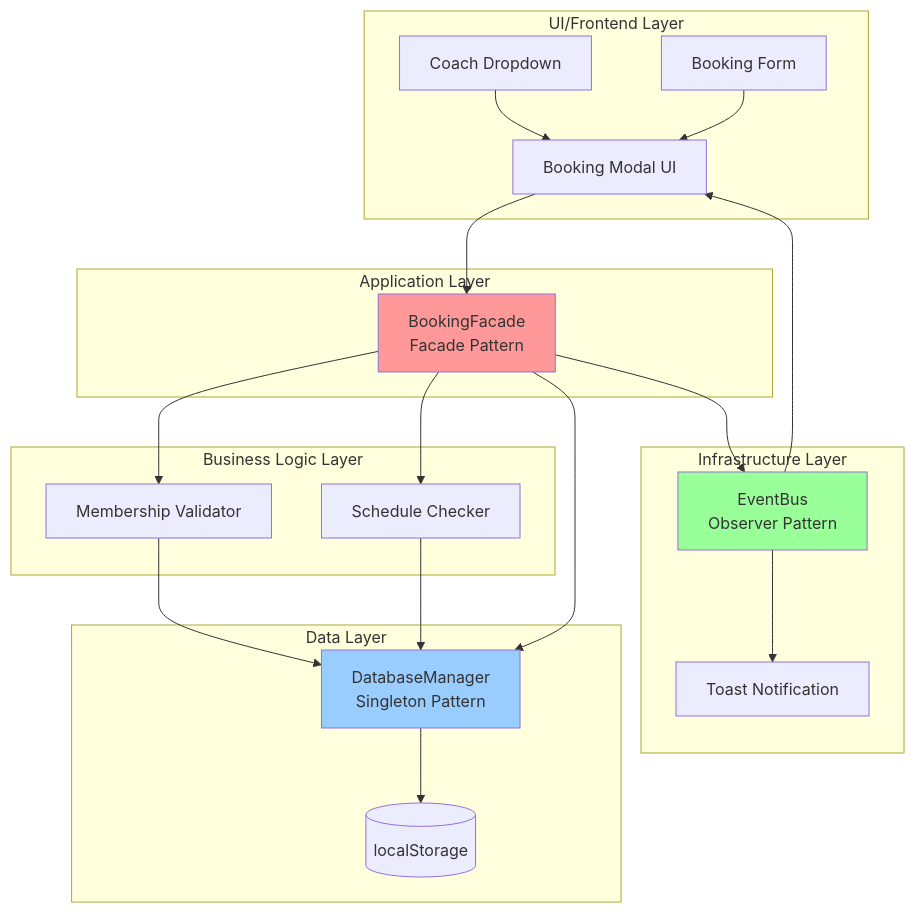
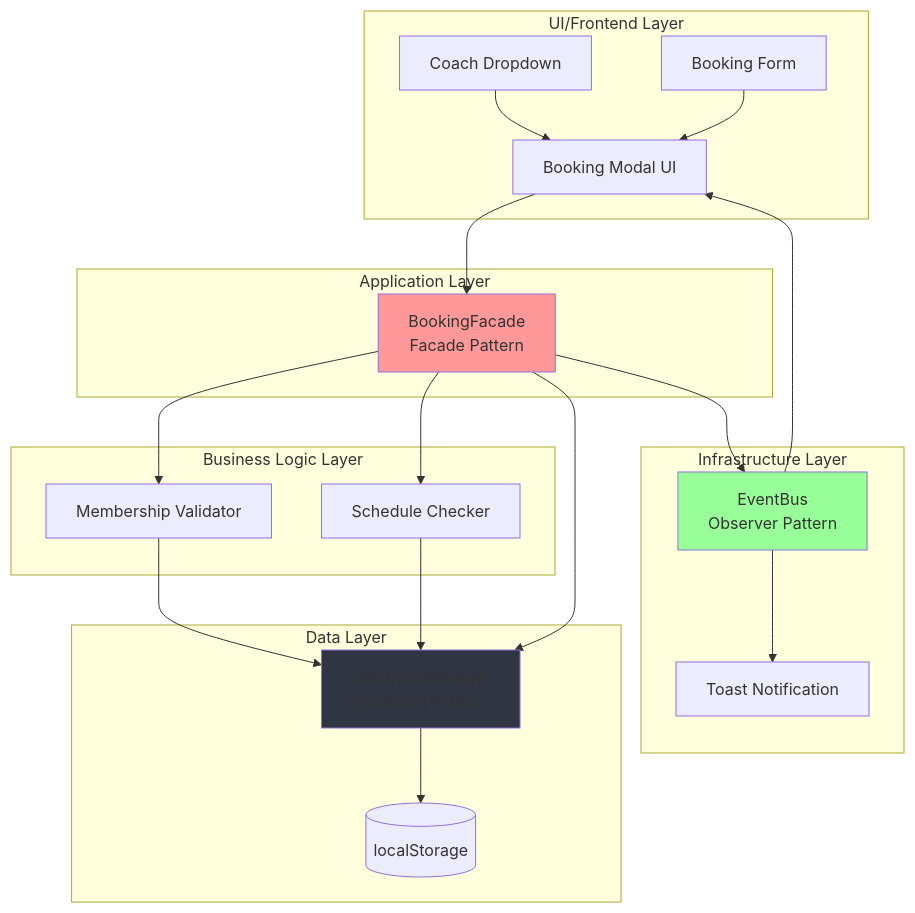
One commit to ismayaaa/bisa-bugar-astro changed the diagram in TAHAP_3_STUDI_KASUS.md. Above: the diagram before and after it, drawn with Mermaid.

````diff
--- a/TAHAP_3_STUDI_KASUS.md
+++ b/TAHAP_3_STUDI_KASUS.md
@@ -17,47 +17,47 @@
 ```mermaid
 graph TB
     subgraph "UI/Frontend Layer"
         UI[Booking Modal UI]
         Dropdown[Coach Dropdown]
         Form[Booking Form]
     end
     
     subgraph "Application Layer"
         Facade[BookingFacade<br/>Facade Pattern]
     end
     
     subgraph "Business Logic Layer"
         Validator[Membership Validator]
         Checker[Schedule Checker]
     end
     
     subgraph "Data Layer"
         DBManager[DatabaseManager<br/>Singleton Pattern]
         Storage[(localStorage)]
     end
     
     subgraph "Infrastructure Layer"
         EventBus[EventBus<br/>Observer Pattern]
         Notification[Toast Notification]
     end
     
     UI --> Facade
     Dropdown --> UI
     Form --> UI
     
     Facade --> Validator
     Facade --> Checker
     Facade --> DBManager
     Facade --> EventBus
     
     Validator --> DBManager
     Checker --> DBManager
     DBManager --> Storage
     
     EventBus --> Notification
     EventBus --> UI
     
     style Facade fill:#ff9999
-    style DBManager fill:#99ccff
+    style DBManager fill:#2f3542
     style EventBus fill:#99ff99
 ```
````
